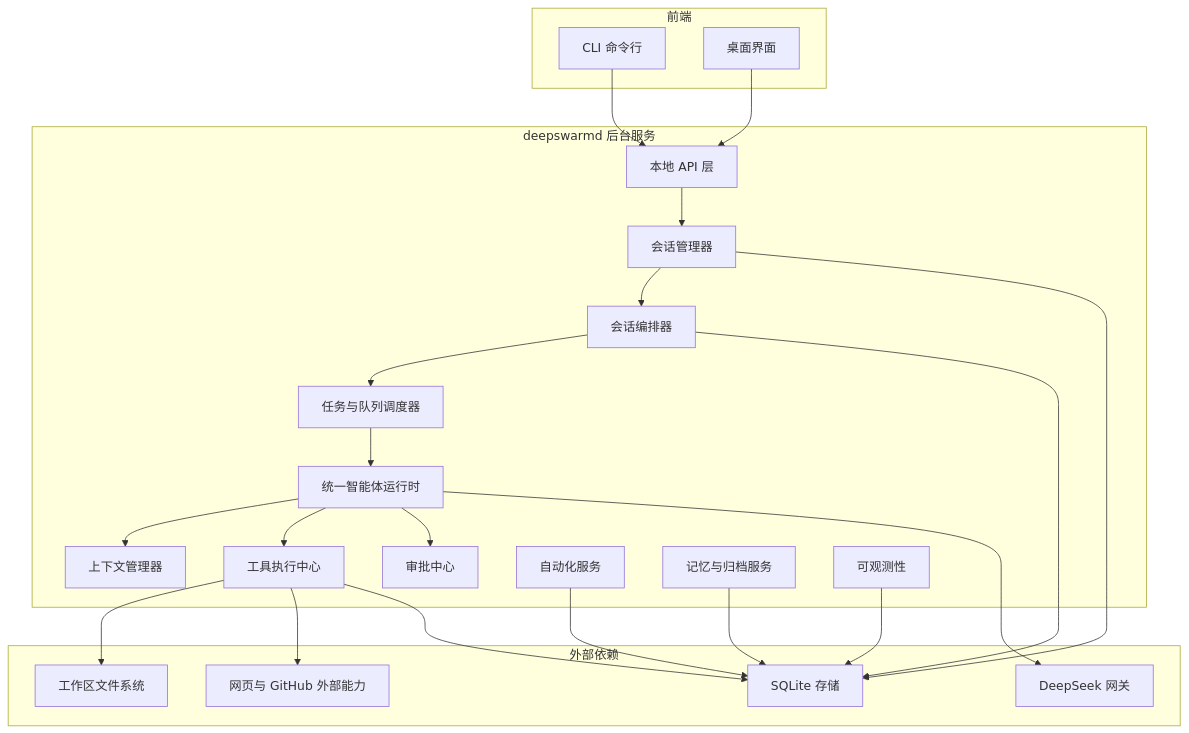
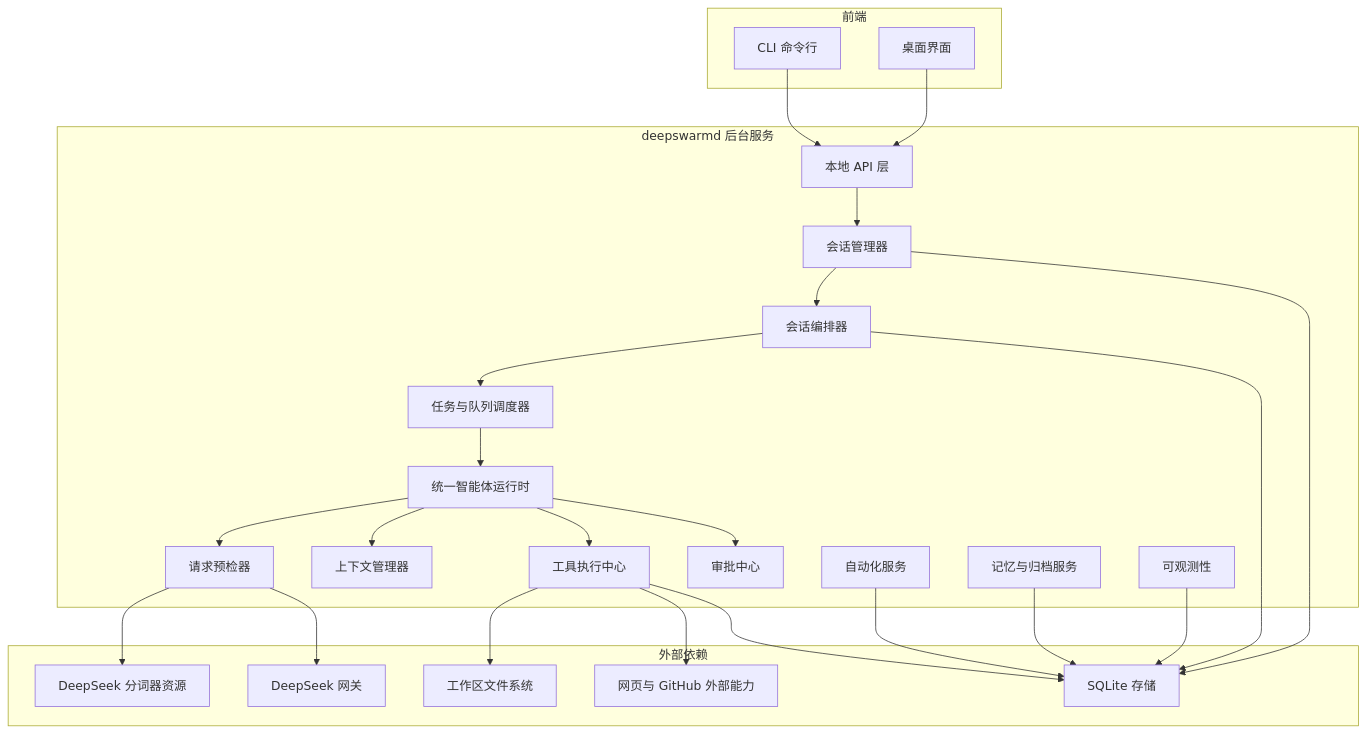
One commit to liruilong9999/DeepSwarm changed the first of 3 diagrams in docs/DeepSwarm-Agent-设计文档.md. Above: the diagram before and after it, drawn with Mermaid. The commit also changed other lines of this file and 9 other files, not shown here.

````diff
--- a/docs/DeepSwarm-Agent-设计文档.md
+++ b/docs/DeepSwarm-Agent-设计文档.md
@@ -58,47 +65,51 @@
 ```mermaid
 flowchart TB
     subgraph 前端
         CLI[CLI 命令行]
         DESKTOP[桌面界面]
     end
 
     subgraph 后台服务["deepswarmd 后台服务"]
         API[本地 API 层]
         SM[会话管理器]
         ORCH[会话编排器]
         ARM[统一智能体运行时]
+        PRE[请求预检器]
         TQ[任务与队列调度器]
         CM[上下文管理器]
         APP[审批中心]
         TOOL[工具执行中心]
         AUTO[自动化服务]
         MEM[记忆与归档服务]
         OBS[可观测性]
     end
 
     subgraph 外部依赖
         DS[DeepSeek 网关]
+        TK[DeepSeek 分词器资源]
         FS[工作区文件系统]
         DB[SQLite 存储]
         WEB[网页与 GitHub 外部能力]
     end
 
     CLI --> API
     DESKTOP --> API
     API --> SM
     SM --> ORCH
     ORCH --> TQ
     TQ --> ARM
+    ARM --> PRE
+    PRE --> TK
+    PRE --> DS
     ARM --> CM
     ARM --> TOOL
     ARM --> APP
     TOOL --> FS
     TOOL --> WEB
-    ARM --> DS
     SM --> DB
     ORCH --> DB
     TOOL --> DB
     MEM --> DB
     AUTO --> DB
     OBS --> DB
 ```
````
